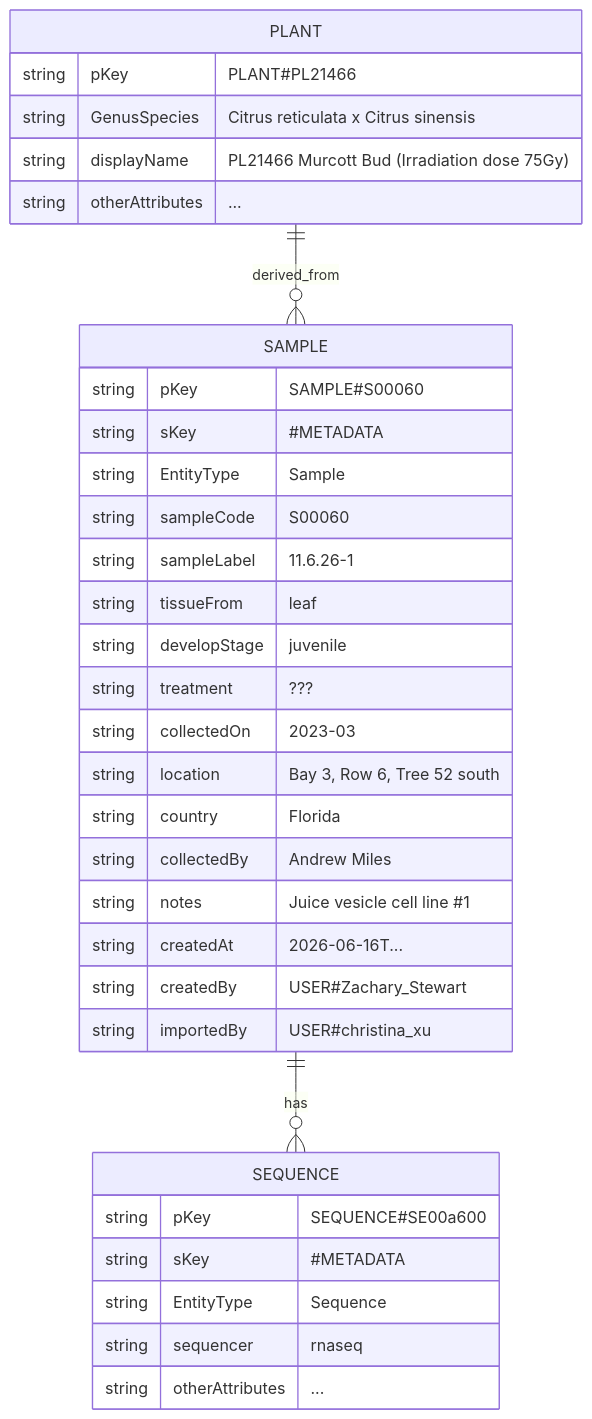
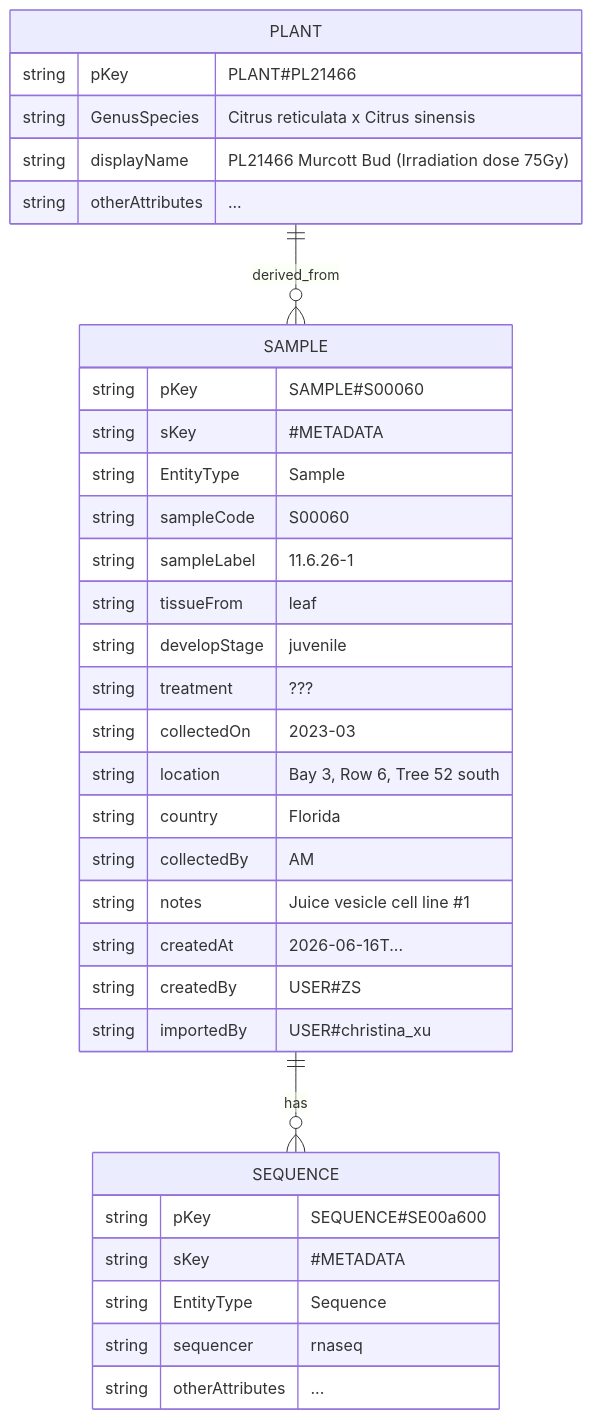
Before and after one commit to prentis-lab/SampleDashbord: the diagram in DB/sample.md, drawn with Mermaid. The commit also changed other lines of this file and 2 other files, not shown here.

````diff
--- a/DB/sample.md
+++ b/DB/sample.md
@@ -12,41 +12,41 @@
 ```mermaid
 
  erDiagram
     PLANT ||--o{ SAMPLE : "derived_from"
     SAMPLE ||--o{ SEQUENCE : "has"
 
     PLANT {
         string pKey "PLANT#PL21466"
         string GenusSpecies "Citrus reticulata x Citrus sinensis"
         string displayName "PL21466 Murcott Bud (Irradiation dose 75Gy)"
         string otherAttributes "..."
     }
 
     SAMPLE {
         string pKey "SAMPLE#S00060"
         string sKey "#METADATA"
         string EntityType "Sample"
         string sampleCode "S00060"
         string sampleLabel "11.6.26-1"
         string tissueFrom "leaf"
         string developStage "juvenile"
         string treatment "???"
         string collectedOn "2023-03"
         string location "Bay 3, Row 6, Tree 52 south"
         string country "Florida"
-        string collectedBy "Andrew Miles"
+        string collectedBy "AM"
         string notes "Juice vesicle cell line #1"
         string createdAt "2026-06-16T..."
-        string createdBy "USER#Zachary_Stewart"
+        string createdBy "USER#ZS"
         string importedBy "USER#christina_xu"
     }
 
     SEQUENCE {
         string pKey "SEQUENCE#SE00a600"
         string sKey "#METADATA"
         string EntityType "Sequence"
         string sequencer "rnaseq"
         string otherAttributes "..."
     }
 
 ```
````
